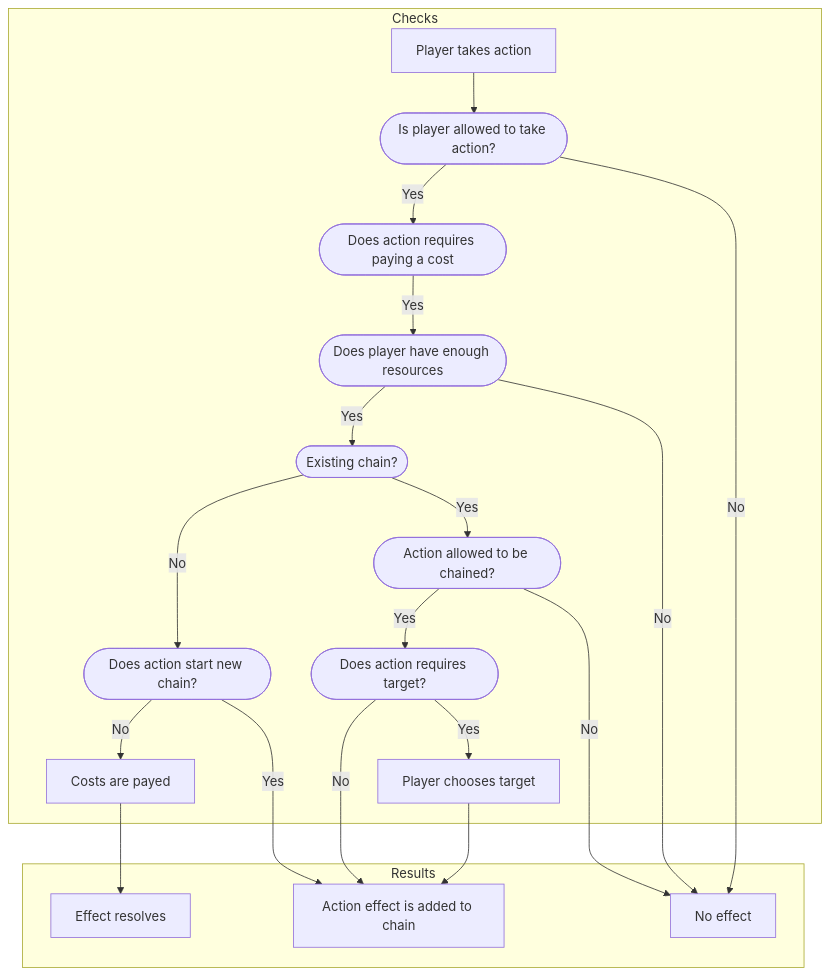
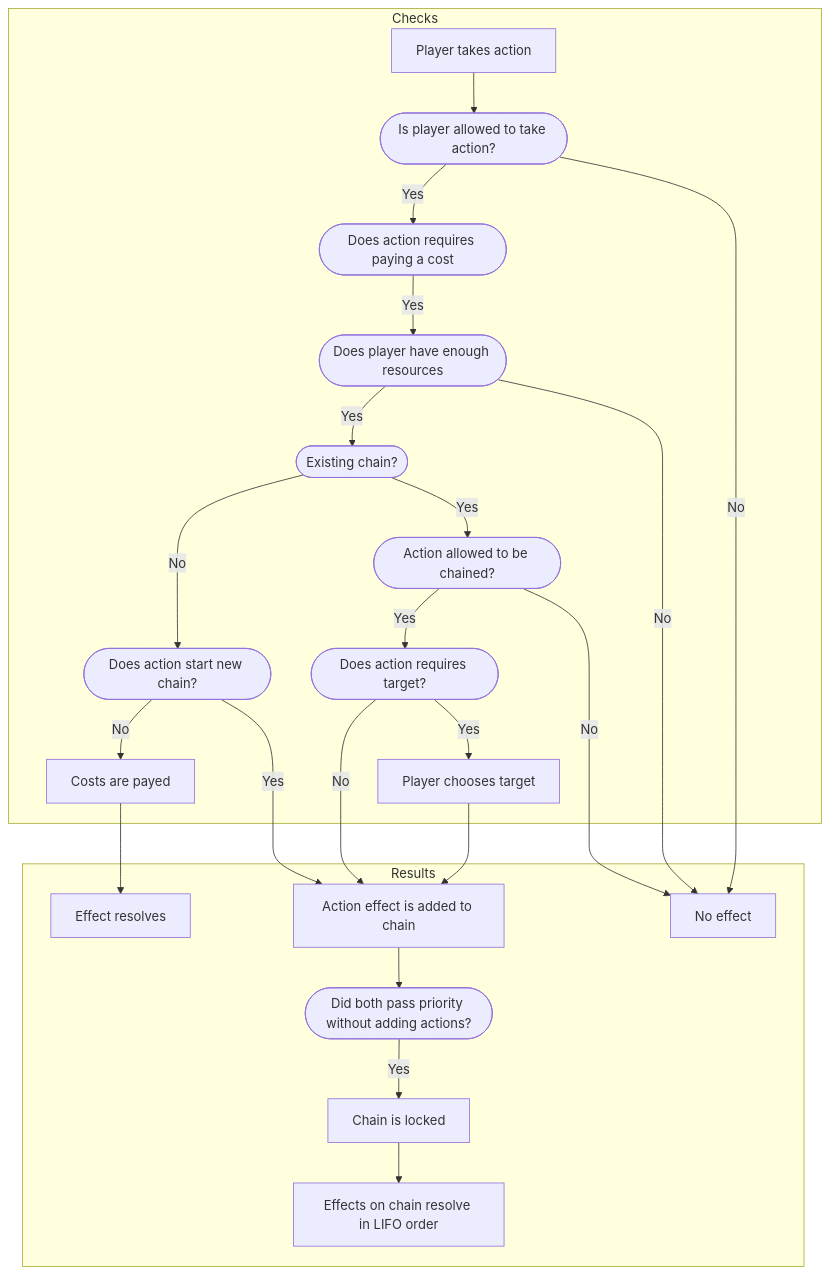
One commit to DirkWolthuis/card-game changed the diagram in docs/taking-actions.md. Above: the diagram before and after it, drawn with Mermaid.

Commit message:
update chain flowchart

````diff
--- a/docs/taking-actions.md
+++ b/docs/taking-actions.md
@@ -11,27 +11,30 @@
 ```mermaid
 flowchart TD
 subgraph Checks
 
 A[Player takes action] --> B([Is player allowed to take action?])
 B -->|Yes| C([Does action requires paying a cost])
 C -->|Yes| D([Does player have enough resources])
 D -->|Yes| E([Existing chain?])
 E -->|No| K([Does action start new chain?])
 E -->|Yes| F([Action allowed to be chained?])
 F -->|Yes| G([Does action requires target?])
 G -->|Yes| H[Player chooses target]
 K -->|No| P[Costs are payed]
 
 end
 
 subgraph Results
 P --> U[Effect resolves]
 K -->|Yes| J
 G -->|No| J
 H --> J[Action effect is added to chain]
+J --> T([Did both pass priority without adding actions?])
+T -->|Yes| R[Chain is locked]
+R --> L[Effects on chain resolve in LIFO order]
 F -->|No| END
 D -->|No| END
 B -->|No| END[No effect]
 end
 
 ```
````
